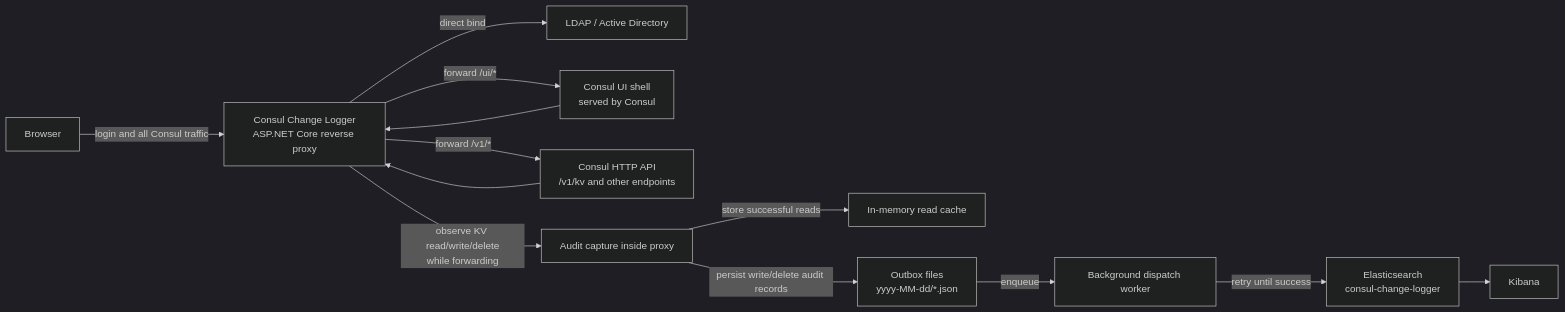
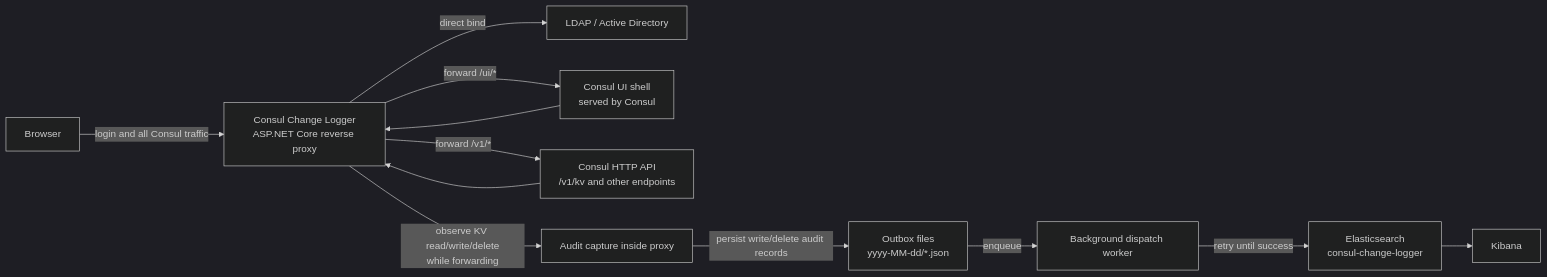
The first of 3 diagrams in docs/architecture.md (sinanakyazici/ConsulChangeLogger), drawn with Mermaid (dark theme) before and after one commit. The commit also changed other lines of this file and 9 other files, not shown here.

Commit message:
Remove read cache from audit pipeline

````diff
--- a/docs/architecture.md
+++ b/docs/architecture.md
@@ -9,27 +9,25 @@
 ```mermaid
 flowchart LR
     browser["Browser"]
     proxy["Consul Change Logger<br/>ASP.NET Core reverse proxy"]
     ldap["LDAP / Active Directory"]
     consulUi["Consul UI shell<br/>served by Consul"]
     consulApi["Consul HTTP API<br/>/v1/kv and other endpoints"]
     audit["Audit capture inside proxy"]
-    cache["In-memory read cache"]
     outbox["Outbox files<br/>yyyy-MM-dd/*.json"]
     worker["Background dispatch worker"]
     elastic["Elasticsearch<br/>consul-change-logger"]
     kibana["Kibana"]
 
     browser -->|login and all Consul traffic| proxy
     proxy -->|direct bind| ldap
     proxy -->|forward /ui/*| consulUi
     proxy -->|forward /v1/*| consulApi
     consulUi --> proxy
     consulApi --> proxy
     proxy -->|observe KV read/write/delete<br/>while forwarding| audit
-    audit -->|store successful reads| cache
     audit -->|persist write/delete audit records| outbox
     outbox -->|enqueue| worker
     worker -->|retry until success| elastic
     elastic --> kibana
 ```
````
